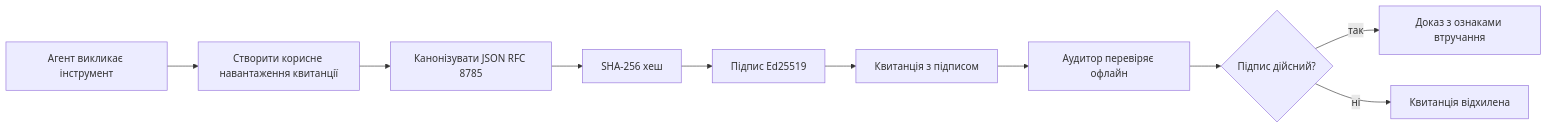
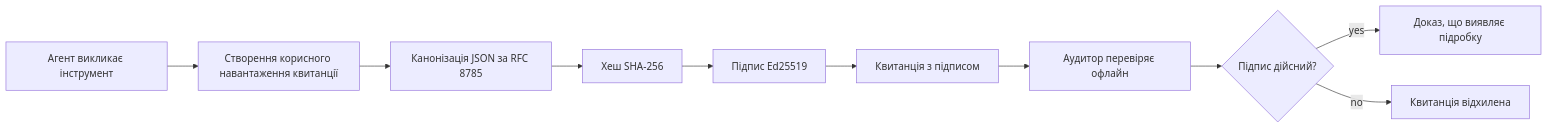
The first of 2 diagrams in mirrors/repos/microsoft@ai-agents-for-beginners/translations/uk/18-securing-ai-agents/README.md (gabrielmoreira/agent-skills-mirror), drawn with Mermaid before and after one commit. The commit also changed other lines of this file and 4482 other files, not shown here.

````diff
--- a/mirrors/repos/microsoft@ai-agents-for-beginners/translations/uk/18-securing-ai-agents/README.md
+++ b/mirrors/repos/microsoft@ai-agents-for-beginners/translations/uk/18-securing-ai-agents/README.md
@@ -51,12 +51,12 @@
 ```mermaid
 flowchart LR
-    A[Агент викликає інструмент] --> B[Створити корисне навантаження квитанції]
-    B --> C[Канонізувати JSON RFC 8785]
-    C --> D[SHA-256 хеш]
+    A[Агент викликає інструмент] --> B[Створення корисного навантаження квитанції]
+    B --> C[Канонізація JSON за RFC 8785]
+    C --> D[Хеш SHA-256]
     D --> E[Підпис Ed25519]
     E --> F[Квитанція з підписом]
     F --> G[Аудитор перевіряє офлайн]
     G --> H{Підпис дійсний?}
-    H -- так --> I[Доказ з ознаками втручання]
-    H -- ні --> J[Квитанція відхилена]
+    H -- yes --> I[Доказ, що виявляє підробку]
+    H -- no --> J[Квитанція відхилена]
 ```
````
